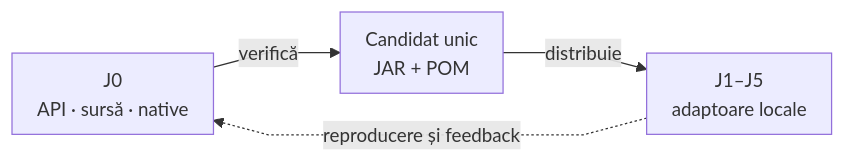
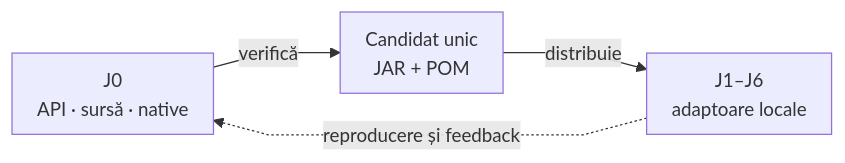
Before and after one commit to crististefanita/atf_j0: the diagram in docs/ATF_Test_Kit_Library.md, drawn with Mermaid. The commit also changed other lines of this file and 154 other files, not shown here.

````diff
--- a/docs/ATF_Test_Kit_Library.md
+++ b/docs/ATF_Test_Kit_Library.md
@@ -21,7 +21,7 @@
 ```mermaid
 %%{init: {"themeVariables":{"fontSize":"15px"},"flowchart":{"curve":"linear","nodeSpacing":24,"rankSpacing":40,"padding":10}}}%%
 flowchart LR
     Owner["J0<br/>API · sursă · native"] -->|verifică| Pair["Candidat unic<br/>JAR + POM"]
-    Pair -->|distribuie| Consumers["J1–J5<br/>adaptoare locale"]
+    Pair -->|distribuie| Consumers["J1–J6<br/>adaptoare locale"]
     Consumers -.->|reproducere și feedback| Owner
 ```
````
